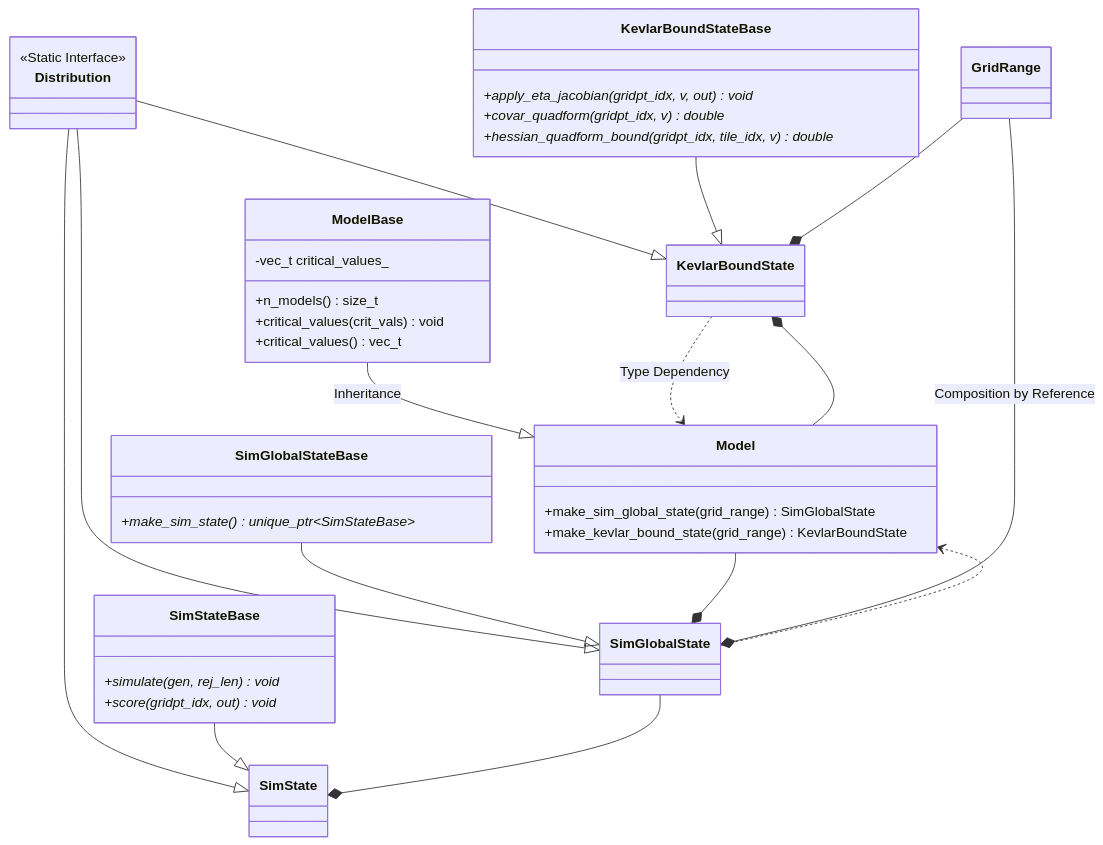
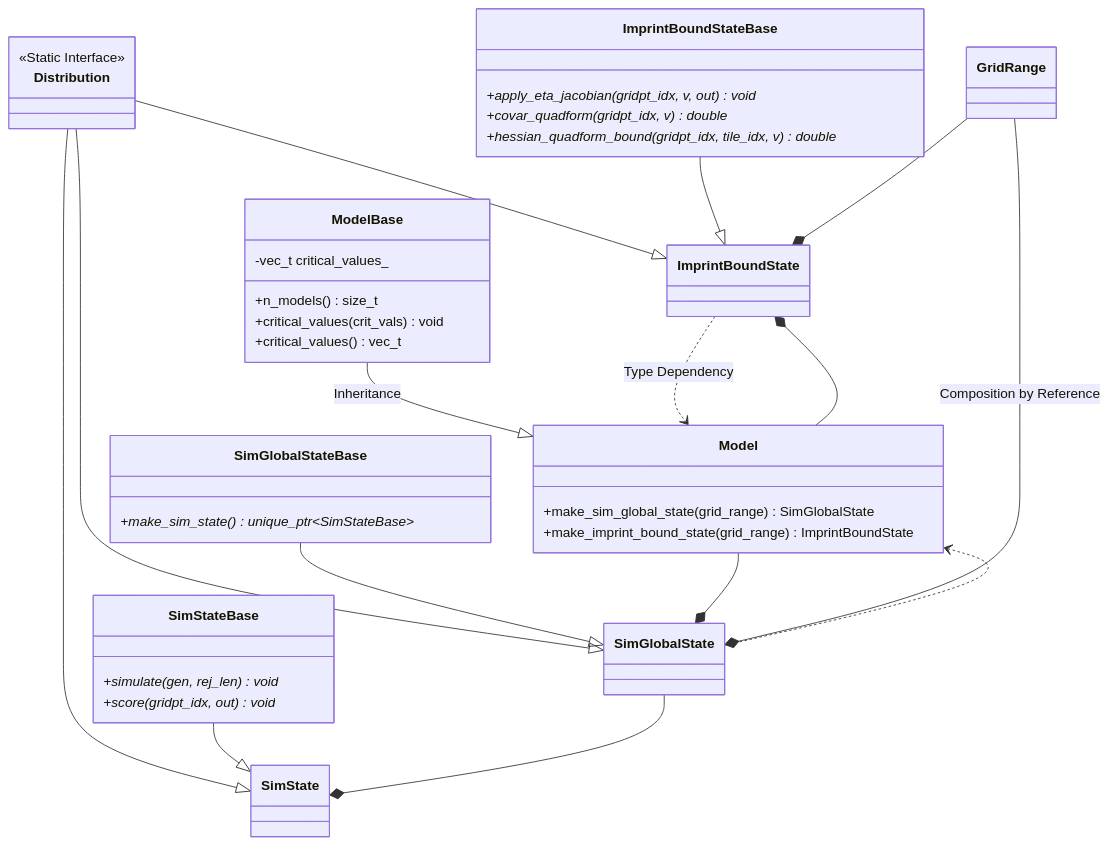
Before and after one commit to constinit/imprint: the fourth of 4 diagrams in docs/design/model/model.md, drawn with Mermaid. The commit also changed other lines of this file and 265 other files, not shown here.

````diff
--- a/docs/design/model/model.md
+++ b/docs/design/model/model.md
@@ -229,64 +229,64 @@
 ```mermaid
 classDiagram
 
 class Distribution {
     <<Static Interface>>
 }
 
 class GridRange
 
 class ModelBase {
     -vec_t critical_values_
     +n_models() size_t
     +critical_values(crit_vals) void
     +critical_values() vec_t
 }
 
 class Model {
     +make_sim_global_state(grid_range) SimGlobalState
-    +make_kevlar_bound_state(grid_range) KevlarBoundState
+    +make_imprint_bound_state(grid_range) ImprintBoundState
 }
 
 class SimGlobalStateBase {
     +make_sim_state()* unique_ptr~SimStateBase~
 }
 
 class SimGlobalState
 
 class SimStateBase {
     +simulate(gen, rej_len)* void
     +score(gridpt_idx, out)* void
 }
 
 class SimState
 
-class KevlarBoundStateBase {
+class ImprintBoundStateBase {
     +apply_eta_jacobian(gridpt_idx, v, out)* void
     +covar_quadform(gridpt_idx, v)* double
     +hessian_quadform_bound(gridpt_idx, tile_idx, v)* double
 }
 
-class KevlarBoundState
+class ImprintBoundState
 
 %% Inheritance
-Distribution --|> KevlarBoundState
+Distribution --|> ImprintBoundState
 Distribution --|> SimGlobalState
 Distribution --|> SimState
 ModelBase --|> Model : Inheritance
 SimStateBase --|> SimState
-KevlarBoundStateBase --|> KevlarBoundState
+ImprintBoundStateBase --|> ImprintBoundState
 SimGlobalStateBase --|> SimGlobalState
 
 %% Composition (up to reference)
 Model --* SimGlobalState
 GridRange --* SimGlobalState : Composition by Reference
 
 SimGlobalState --* SimState
 
-Model --* KevlarBoundState
-GridRange --* KevlarBoundState
+Model --* ImprintBoundState
+GridRange --* ImprintBoundState
 
 %% Type Dependency
 SimGlobalState ..> Model
-KevlarBoundState ..> Model: Type Dependency
+ImprintBoundState ..> Model: Type Dependency
 ```
````
